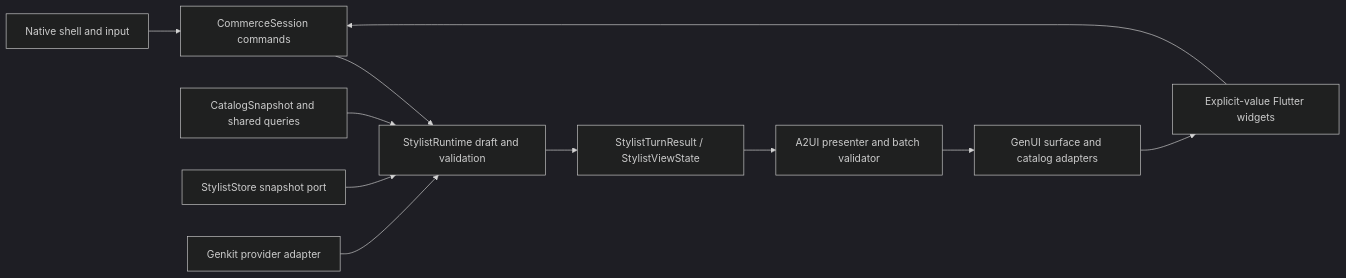
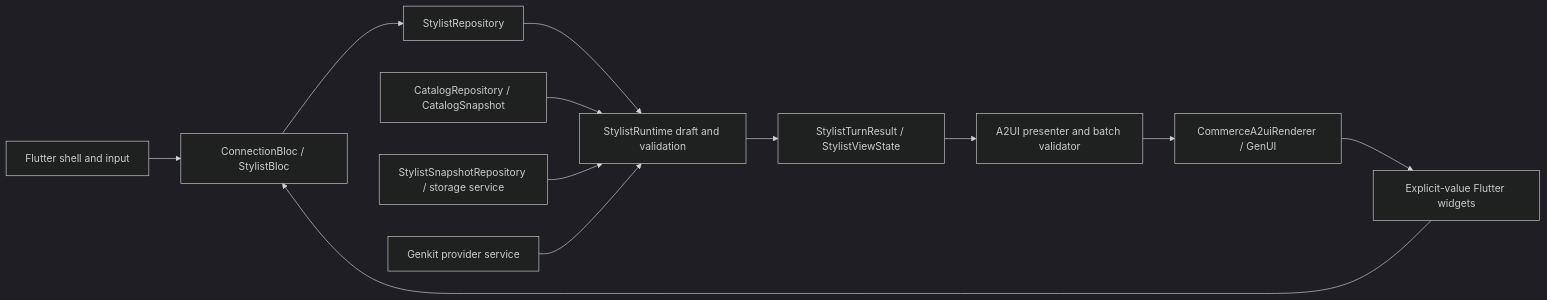
Before and after one commit to levin-riegner/a2ui-ecommerce-flutter: the diagram in docs/architecture.md, drawn with Mermaid (dark theme). The commit also changed other lines of this file and 419 other files, not shown here.

````diff
--- a/docs/architecture.md
+++ b/docs/architecture.md
@@ -11,13 +13,14 @@
 ```mermaid
 flowchart LR
-  Shell[Native shell and input] --> Session[CommerceSession commands]
-  Session --> Runtime[StylistRuntime draft and validation]
-  Catalog[CatalogSnapshot and shared queries] --> Runtime
-  Store[StylistStore snapshot port] --> Runtime
-  Model[Genkit provider adapter] --> Runtime
+  Shell[Flutter shell and input] --> Bloc[ConnectionBloc / StylistBloc]
+  Bloc --> Repo[StylistRepository]
+  Repo --> Runtime[StylistRuntime draft and validation]
+  Catalog[CatalogRepository / CatalogSnapshot] --> Runtime
+  Store[StylistSnapshotRepository / storage service] --> Runtime
+  Model[Genkit provider service] --> Runtime
   Runtime --> Result[StylistTurnResult / StylistViewState]
   Result --> Presenter[A2UI presenter and batch validator]
-  Presenter --> Renderer[GenUI surface and catalog adapters]
+  Presenter --> Renderer[CommerceA2uiRenderer / GenUI]
   Renderer --> Widgets[Explicit-value Flutter widgets]
-  Widgets --> Session
+  Widgets --> Bloc
 ```
````
